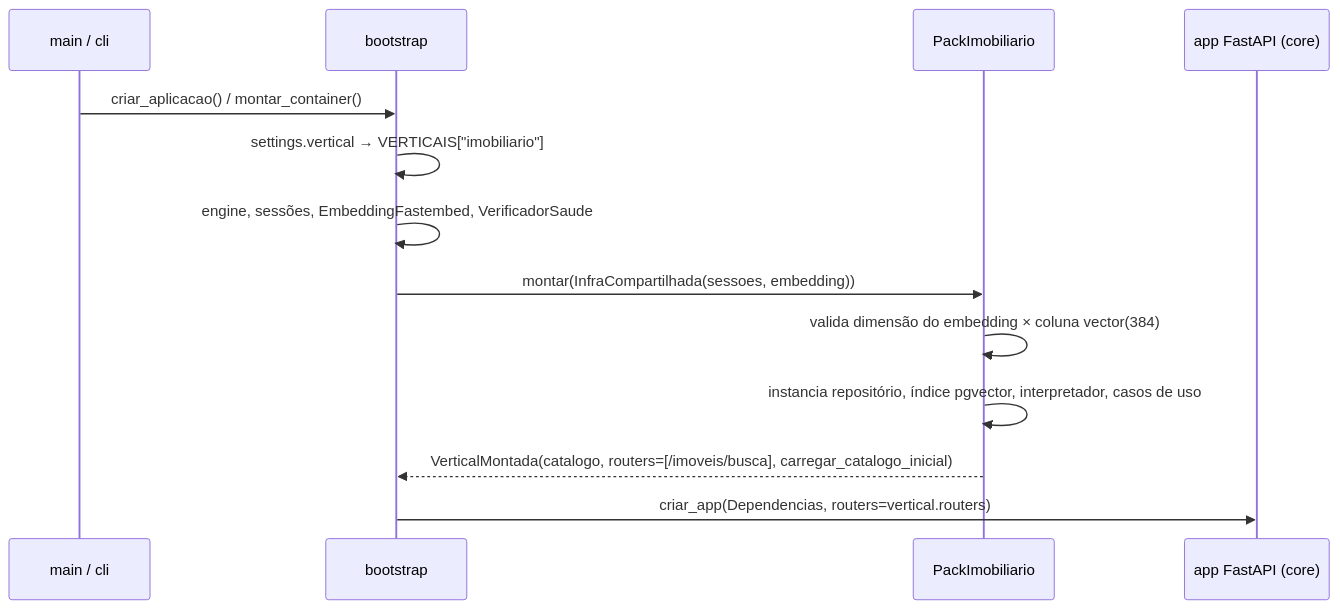
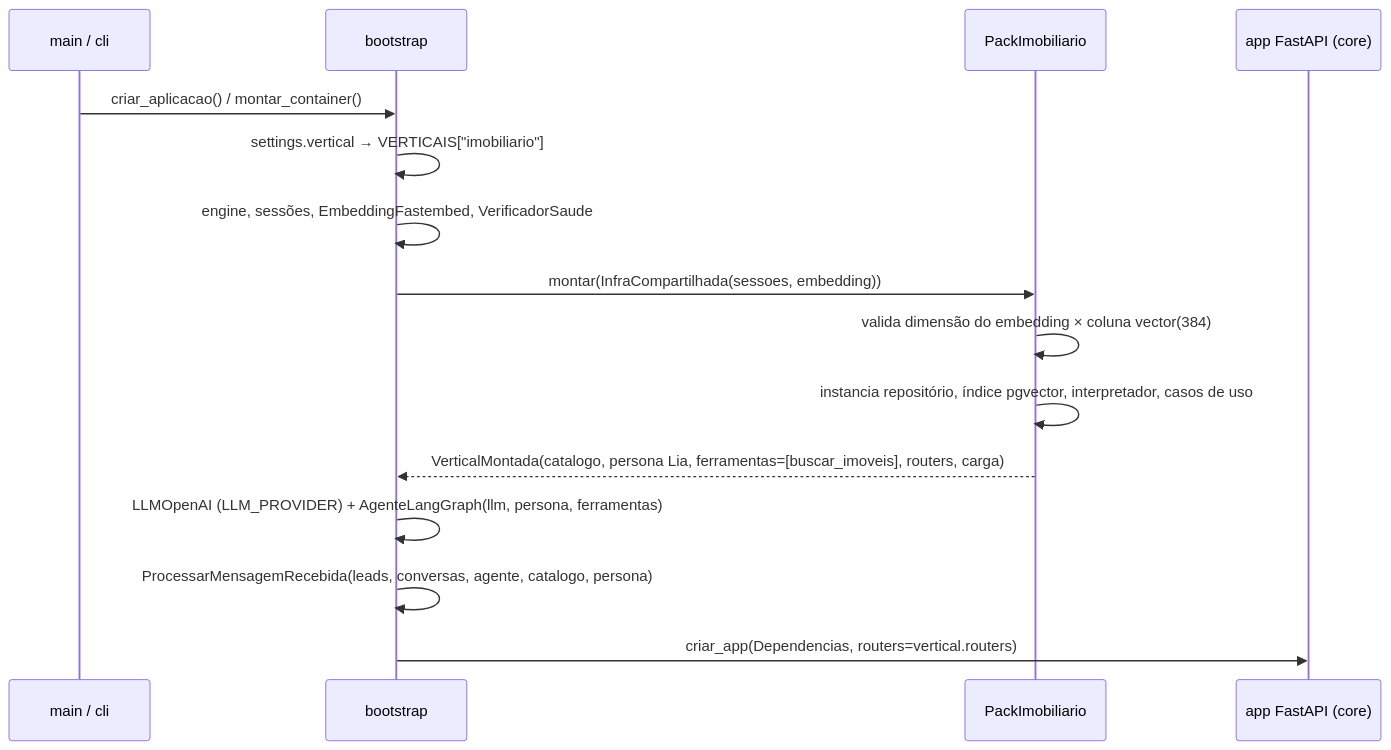
Before and after one commit to amaranini/tech-challenge-fase-5: the fifth of 9 diagrams in docs/arquitetura.md, drawn with Mermaid. The commit also changed other lines of this file and 56 other files, not shown here.

First line of the commit message:
Etapa C: agente conversacional (LangGraph + OpenAI) com memória e chat Streamlit

````diff
--- a/docs/arquitetura.md
+++ b/docs/arquitetura.md
@@ -173,16 +178,18 @@
 ```mermaid
 sequenceDiagram
     participant M as main / cli
     participant B as bootstrap
     participant P as PackImobiliario
     participant A as app FastAPI (core)
 
     M->>B: criar_aplicacao() / montar_container()
     B->>B: settings.vertical → VERTICAIS["imobiliario"]
     B->>B: engine, sessões, EmbeddingFastembed, VerificadorSaude
     B->>P: montar(InfraCompartilhada(sessoes, embedding))
     P->>P: valida dimensão do embedding × coluna vector(384)
     P->>P: instancia repositório, índice pgvector, interpretador, casos de uso
-    P-->>B: VerticalMontada(catalogo, routers=[/imoveis/busca], carregar_catalogo_inicial)
+    P-->>B: VerticalMontada(catalogo, persona Lia, ferramentas=[buscar_imoveis], routers, carga)
+    B->>B: LLMOpenAI (LLM_PROVIDER) + AgenteLangGraph(llm, persona, ferramentas)
+    B->>B: ProcessarMensagemRecebida(leads, conversas, agente, catalogo, persona)
     B->>A: criar_app(Dependencias, routers=vertical.routers)
 ```
````
